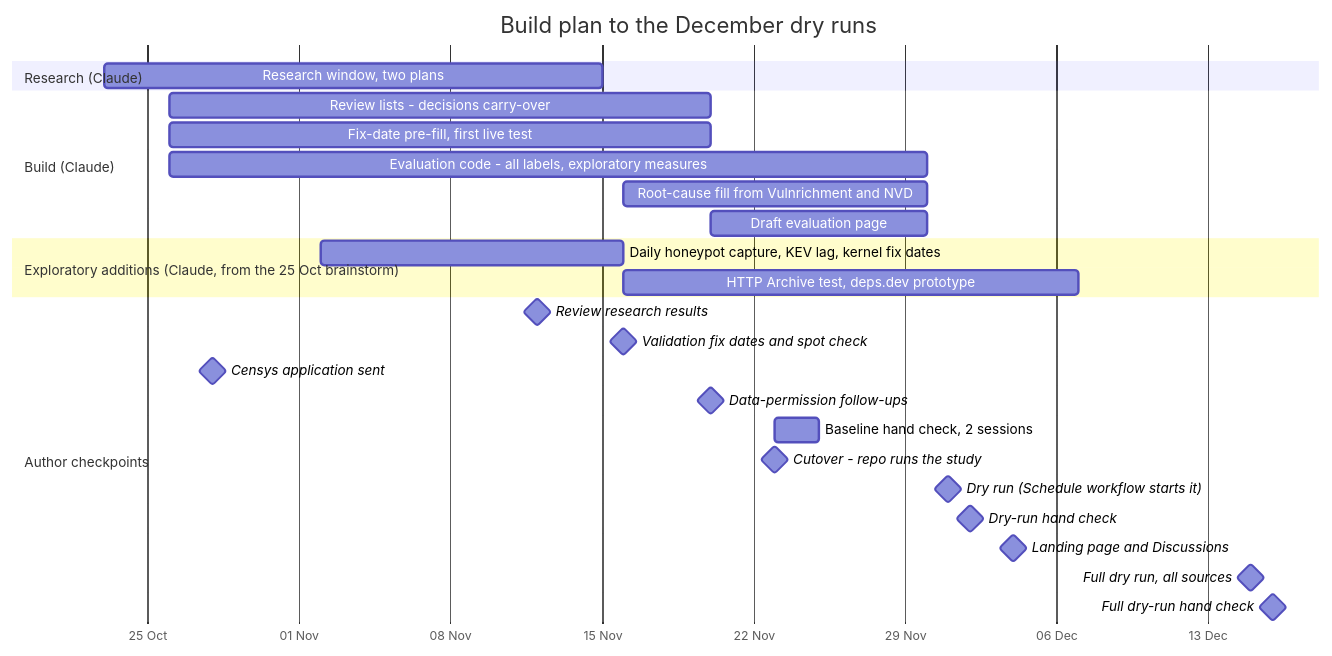
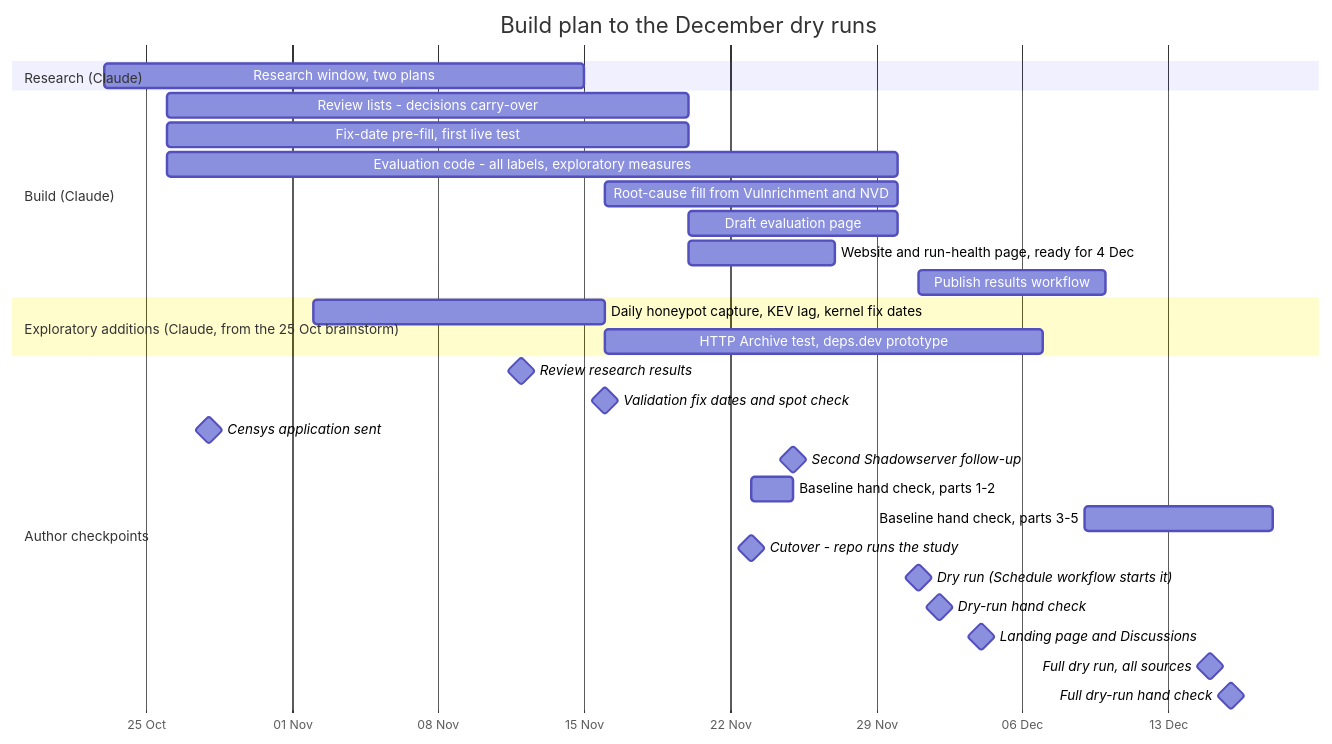
The diagram in docs/diagrams/build_plan.mmd (pagagne/internet-security-snapshot), drawn with Mermaid before and after one commit. The commit also changed 9 other files, not shown here.

First line of the commit message:
Diagrams brought up to date: architecture (APNIC, GreyNoise, row-count hold, report pages, website), workflows, indicator sources, build plan; data-flow text; all re-stamped

```diff
--- a/docs/diagrams/build_plan.mmd
+++ b/docs/diagrams/build_plan.mmd
@@ -1,28 +1,31 @@
 gantt
   title Build plan to the December dry runs
   dateFormat YYYY-MM-DD
   axisFormat %d %b
   tickInterval 1week
   section Research (Claude)
     Research window, two plans         :2026-10-23, 2026-11-15
   section Build (Claude)
     Review lists - decisions carry-over  :2026-10-26, 2026-11-20
     Fix-date pre-fill, first live test  :2026-10-26, 2026-11-20
     Evaluation code - all labels, exploratory measures :2026-10-26, 2026-11-30
     Root-cause fill from Vulnrichment and NVD :2026-11-16, 2026-11-30
     Draft evaluation page               :2026-11-20, 2026-11-30
+    Website and run-health page, ready for 4 Dec :2026-11-20, 2026-11-27
+    Publish results workflow            :2026-12-01, 2026-12-10
   section Exploratory additions (Claude, from the 25 Oct brainstorm)
     Daily honeypot capture, KEV lag, kernel fix dates :2026-11-02, 2026-11-16
     HTTP Archive test, deps.dev prototype :2026-11-16, 2026-12-07
   section Author checkpoints
     Review research results             :milestone, 2026-11-12, 0d
     Validation fix dates and spot check :milestone, 2026-11-16, 0d
     Censys application sent             :milestone, 2026-10-28, 0d
-    Data-permission follow-ups          :milestone, 2026-11-20, 0d
-    Baseline hand check, 2 sessions     :2026-11-23, 2d
+    Second Shadowserver follow-up       :milestone, 2026-11-25, 0d
+    Baseline hand check, parts 1-2      :2026-11-23, 2d
+    Baseline hand check, parts 3-5      :2026-12-09, 2026-12-18
     Cutover - repo runs the study       :milestone, 2026-11-23, 0d
     Dry run (Schedule workflow starts it) :milestone, 2026-12-01, 0d
     Dry-run hand check                  :milestone, 2026-12-02, 0d
     Landing page and Discussions        :milestone, 2026-12-04, 0d
     Full dry run, all sources            :milestone, 2026-12-15, 0d
     Full dry-run hand check              :milestone, 2026-12-16, 0d
```
